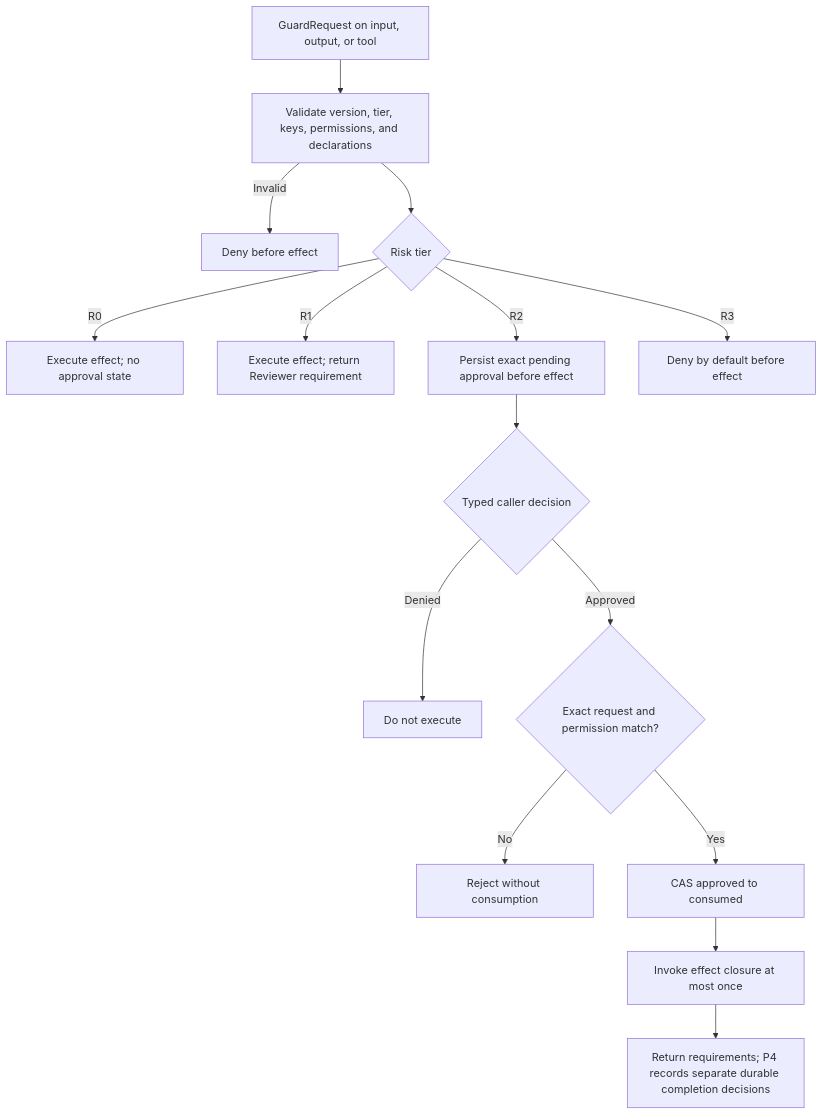
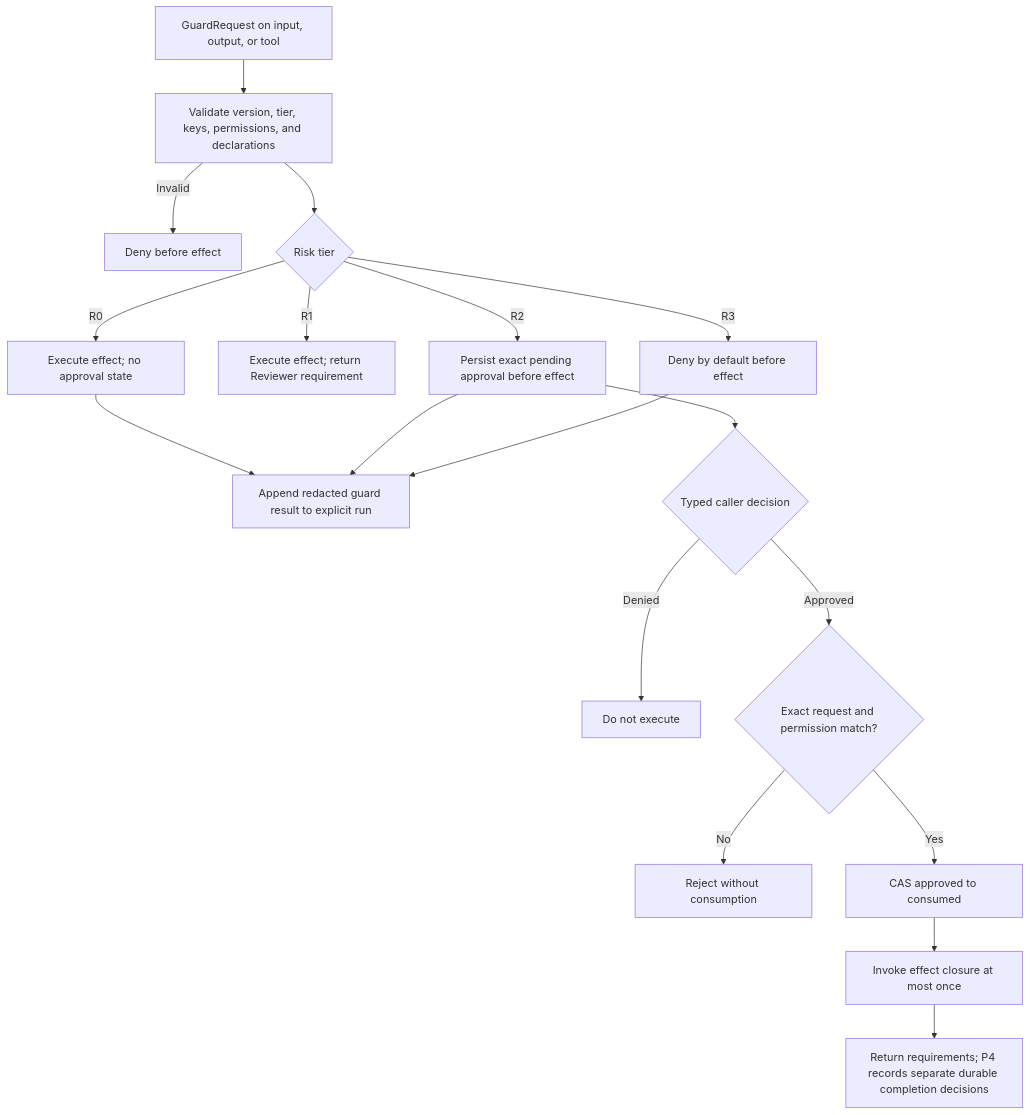
The third of 4 diagrams in docs/orchestration-runtime.md (nattawatpuntachot52/ovca-core), drawn with Mermaid before and after one commit. The commit also changed other lines of this file and 15 other files, not shown here.

````diff
--- a/docs/orchestration-runtime.md
+++ b/docs/orchestration-runtime.md
@@ -87,17 +88,20 @@
 ```mermaid
 flowchart TD
     Request["GuardRequest on input, output, or tool"] --> Validate["Validate version, tier, keys, permissions, and declarations"]
     Validate -->|"Invalid"| DenyInvalid["Deny before effect"]
     Validate --> Tier{"Risk tier"}
     Tier -->|"R0"| ExecuteR0["Execute effect; no approval state"]
     Tier -->|"R1"| ExecuteR1["Execute effect; return Reviewer requirement"]
     Tier -->|"R2"| Pause["Persist exact pending approval before effect"]
     Tier -->|"R3"| DenyR3["Deny by default before effect"]
+    ExecuteR0 --> Project["Append redacted guard result to explicit run"]
+    Pause --> Project
+    DenyR3 --> Project
     Pause --> Decision{"Typed caller decision"}
     Decision -->|"Denied"| Denied["Do not execute"]
     Decision -->|"Approved"| Match{"Exact request and permission match?"}
     Match -->|"No"| Mismatch["Reject without consumption"]
     Match -->|"Yes"| Consume["CAS approved to consumed"]
     Consume --> Effect["Invoke effect closure at most once"]
     Effect --> Gates["Return requirements; P4 records separate durable completion decisions"]
 ```
````
